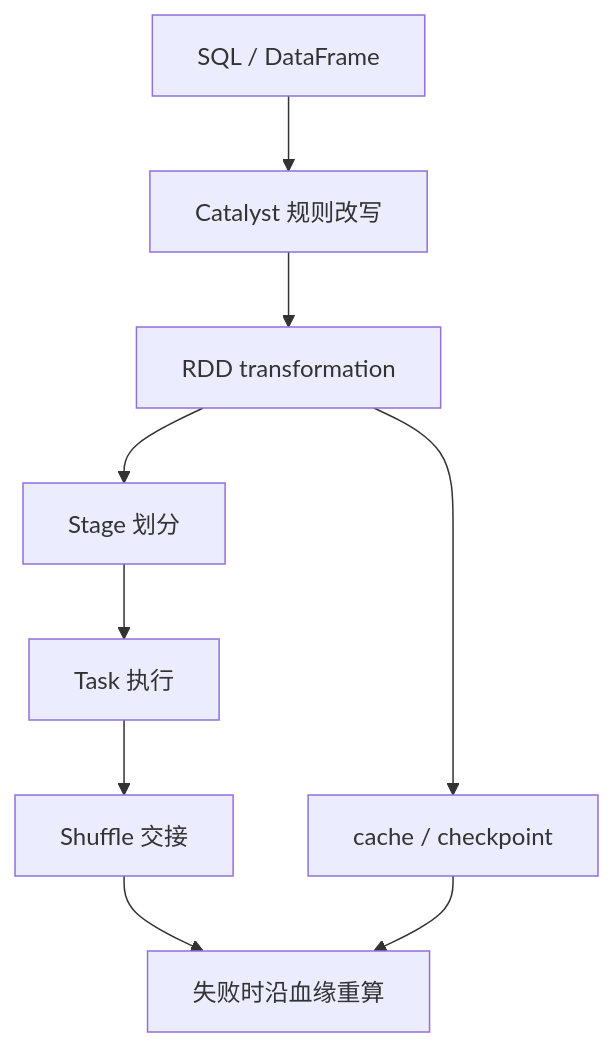
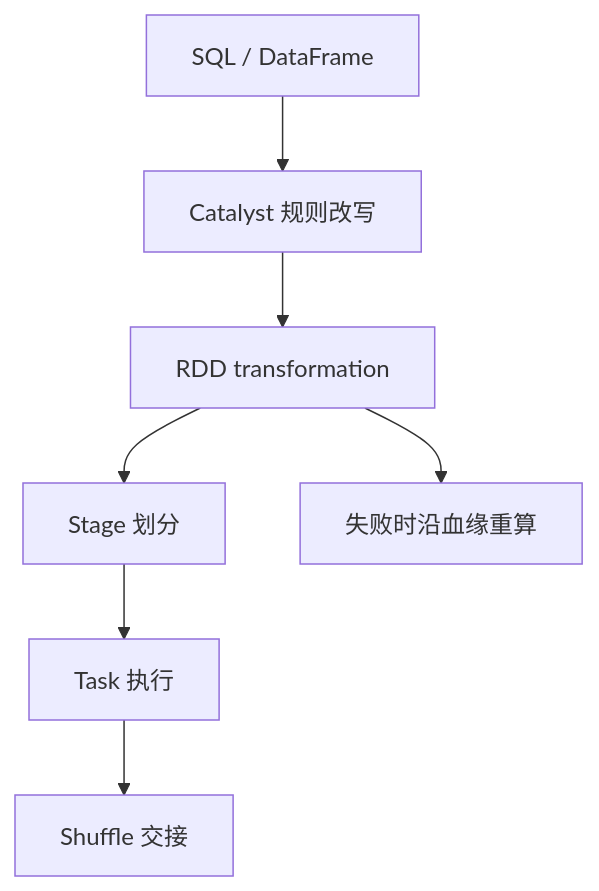
The sixth of 6 diagrams in content/docs/03-part3/ch12-dataframe-future.md (rchaocai/mini-spark), drawn with Mermaid before and after one commit. The commit also changed other lines of this file, not shown here.

````diff
--- a/content/docs/03-part3/ch12-dataframe-future.md
+++ b/content/docs/03-part3/ch12-dataframe-future.md
@@ -909,11 +1126,9 @@
 ```mermaid
 flowchart TB
-    SQL[SQL / DataFrame] --> Catalyst[Catalyst 规则改写]
-    Catalyst --> RDD[RDD transformation]
-    RDD --> Stage[Stage 划分]
-    Stage --> Task[Task 执行]
-    Task --> Shuffle[Shuffle 交接]
-    RDD --> Cache[cache / checkpoint]
-    Shuffle --> Recovery[失败时沿血缘重算]
-    Cache --> Recovery
+    SQL["SQL / DataFrame"] --> Catalyst["Catalyst 规则改写"]
+    Catalyst --> RDD["RDD transformation"]
+    RDD --> Stage["Stage 划分"]
+    Stage --> Task["Task 执行"]
+    Task --> Shuffle["Shuffle 交接"]
+    RDD --> Recovery["失败时沿血缘重算"]
 ```
````
